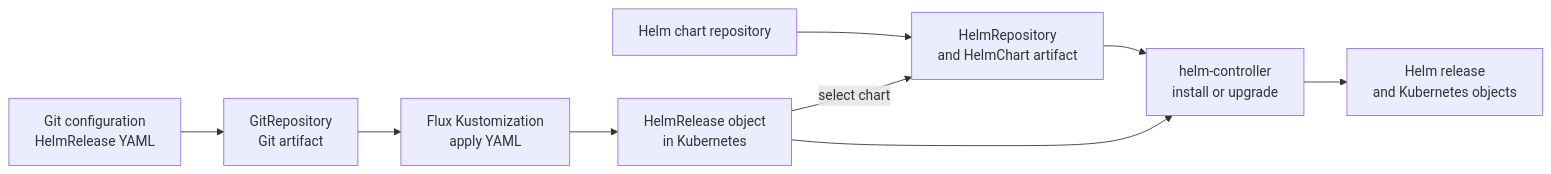
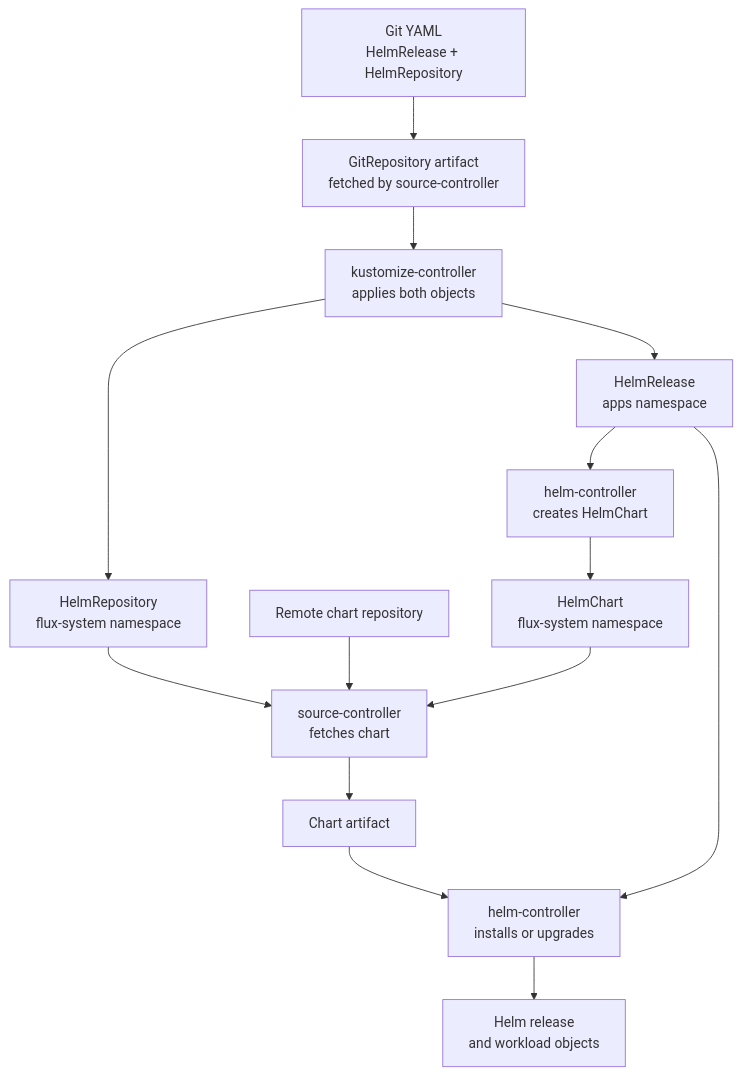
Before and after one commit to David-A18/MY-humble-knowledge-for-everyone: the diagram in knowledge/kubernetes/applications-and-tools/flux-reconciliation-and-helm.md, drawn with Mermaid. The commit also changed other lines of this file and 5 other files, not shown here.

Commit message:
Clarify Flux HelmRelease handoffs and status

````diff
--- a/knowledge/kubernetes/applications-and-tools/flux-reconciliation-and-helm.md
+++ b/knowledge/kubernetes/applications-and-tools/flux-reconciliation-and-helm.md
@@ -60,11 +70,16 @@
 ```mermaid
-flowchart LR
-  git["Git configuration<br/>HelmRelease YAML"] --> gitSource["GitRepository<br/>Git artifact"]
-  gitSource --> kustomize["Flux Kustomization<br/>apply YAML"]
-  kustomize --> hr["HelmRelease object<br/>in Kubernetes"]
-  chartRepo["Helm chart repository"] --> helmSource["HelmRepository<br/>and HelmChart artifact"]
-  hr -->|"select chart"| helmSource
-  helmSource --> helmController["helm-controller<br/>install or upgrade"]
-  hr --> helmController
-  helmController --> objects["Helm release<br/>and Kubernetes objects"]
+flowchart TB
+  git["Git YAML<br/>HelmRelease + HelmRepository"] --> gitSource["GitRepository artifact<br/>fetched by source-controller"]
+  gitSource --> kustomize["kustomize-controller<br/>applies both objects"]
+  kustomize --> hr["HelmRelease<br/>apps namespace"]
+  kustomize --> repo["HelmRepository<br/>flux-system namespace"]
+  hr --> template["helm-controller<br/>creates HelmChart"]
+  template --> chart["HelmChart<br/>flux-system namespace"]
+  repo --> source["source-controller<br/>fetches chart"]
+  remote["Remote chart repository"] --> source
+  chart --> source
+  source --> artifact["Chart artifact"]
+  artifact --> install["helm-controller<br/>installs or upgrades"]
+  hr --> install
+  install --> objects["Helm release<br/>and workload objects"]
 ```
````
